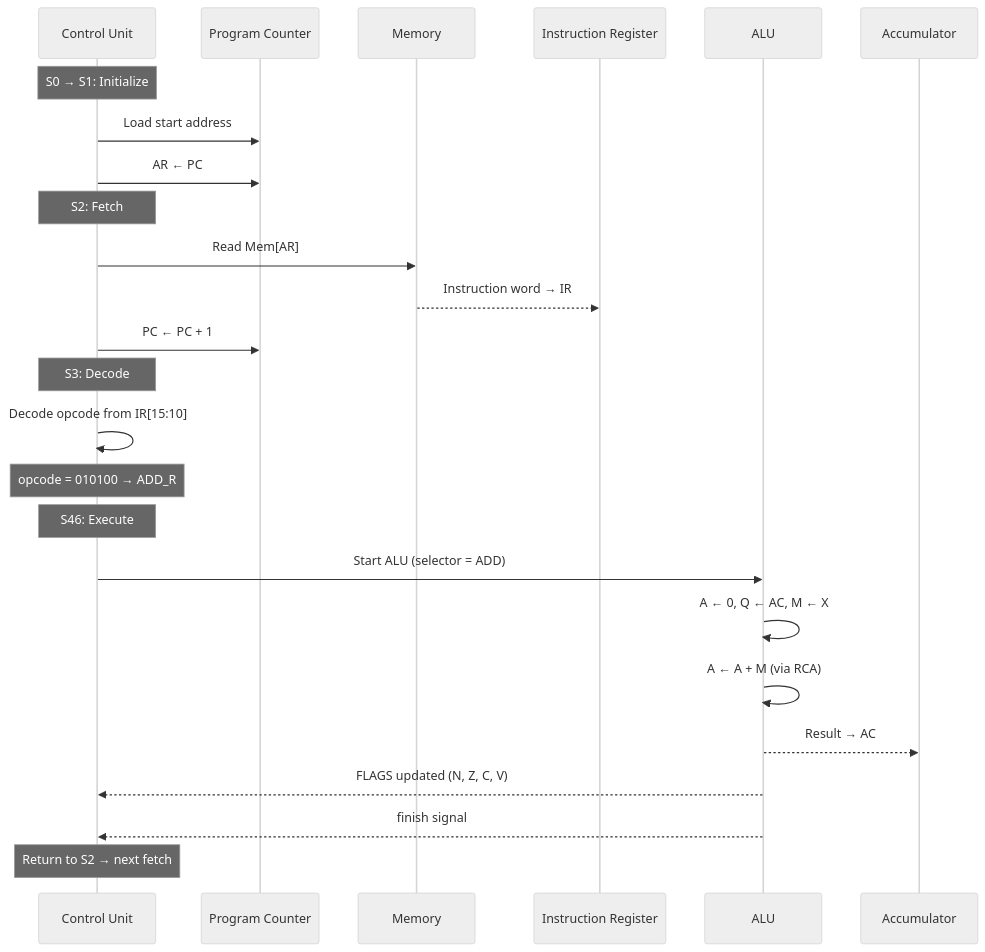
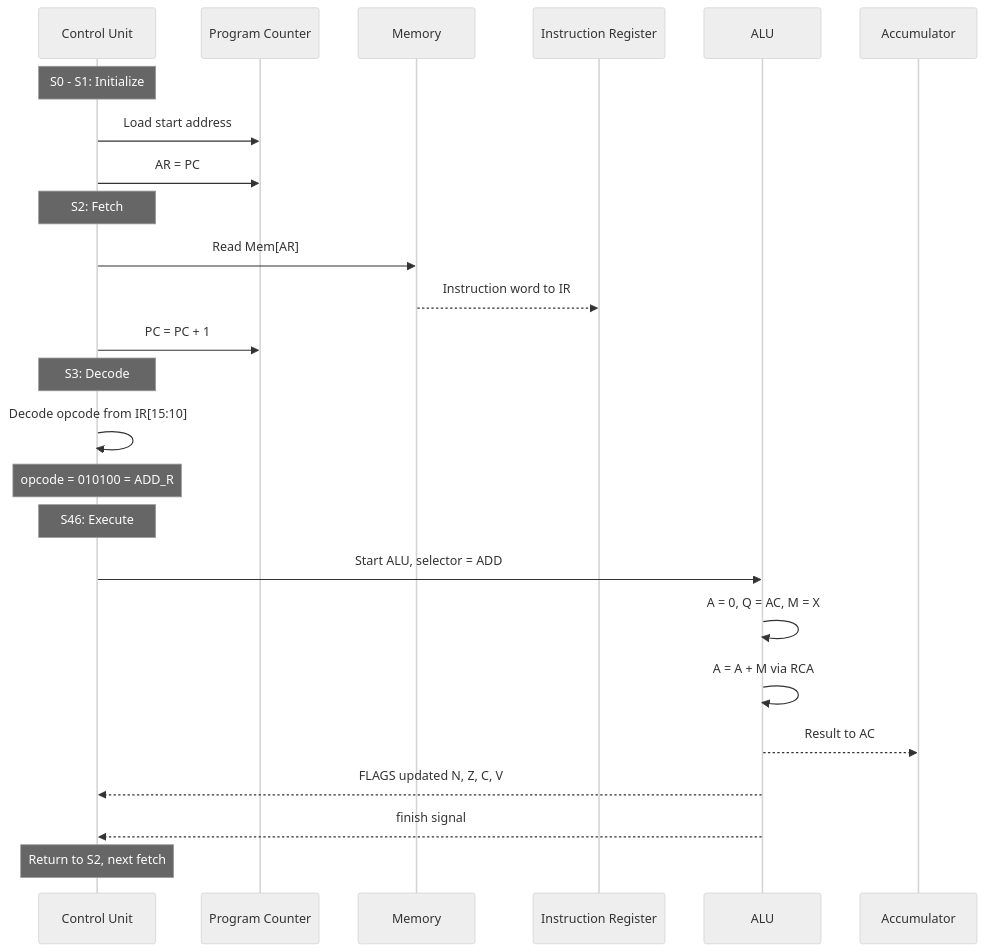
Before and after one commit to LNM31/ASIP16-Processor: the second of 2 diagrams in README.md, drawn with Mermaid (neutral theme). The commit also changed other lines of this file, not shown here.

First line of the commit message:
Refactor README for better architecture presentation

````diff
--- a/README.md
+++ b/README.md
@@ -219,32 +207,32 @@
 ```mermaid
 sequenceDiagram
     participant CU as Control Unit
     participant PC as Program Counter
     participant MEM as Memory
     participant IR as Instruction Register
     participant ALU as ALU
     participant AC as Accumulator
 
-    Note over CU: S0 → S1: Initialize
+    Note over CU: S0 - S1: Initialize
     CU->>PC: Load start address
-    CU->>PC: AR ← PC
+    CU->>PC: AR = PC
 
     Note over CU: S2: Fetch
     CU->>MEM: Read Mem[AR]
-    MEM-->>IR: Instruction word → IR
-    CU->>PC: PC ← PC + 1
+    MEM-->>IR: Instruction word to IR
+    CU->>PC: PC = PC + 1
 
     Note over CU: S3: Decode
     CU->>CU: Decode opcode from IR[15:10]
-    Note over CU: opcode = 010100 → ADD_R
+    Note over CU: opcode = 010100 = ADD_R
 
     Note over CU: S46: Execute
-    CU->>ALU: Start ALU (selector = ADD)
-    ALU->>ALU: A ← 0, Q ← AC, M ← X
-    ALU->>ALU: A ← A + M (via RCA)
-    ALU-->>AC: Result → AC
-    ALU-->>CU: FLAGS updated (N, Z, C, V)
+    CU->>ALU: Start ALU, selector = ADD
+    ALU->>ALU: A = 0, Q = AC, M = X
+    ALU->>ALU: A = A + M via RCA
+    ALU-->>AC: Result to AC
+    ALU-->>CU: FLAGS updated N, Z, C, V
     ALU-->>CU: finish signal
 
-    Note over CU: Return to S2 → next fetch
+    Note over CU: Return to S2, next fetch
 ```
````
